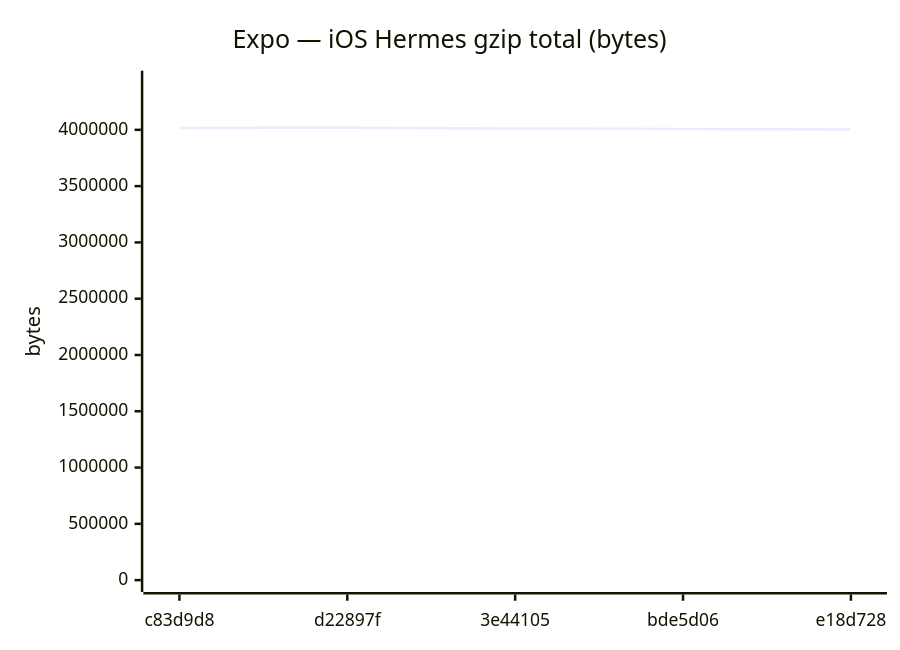
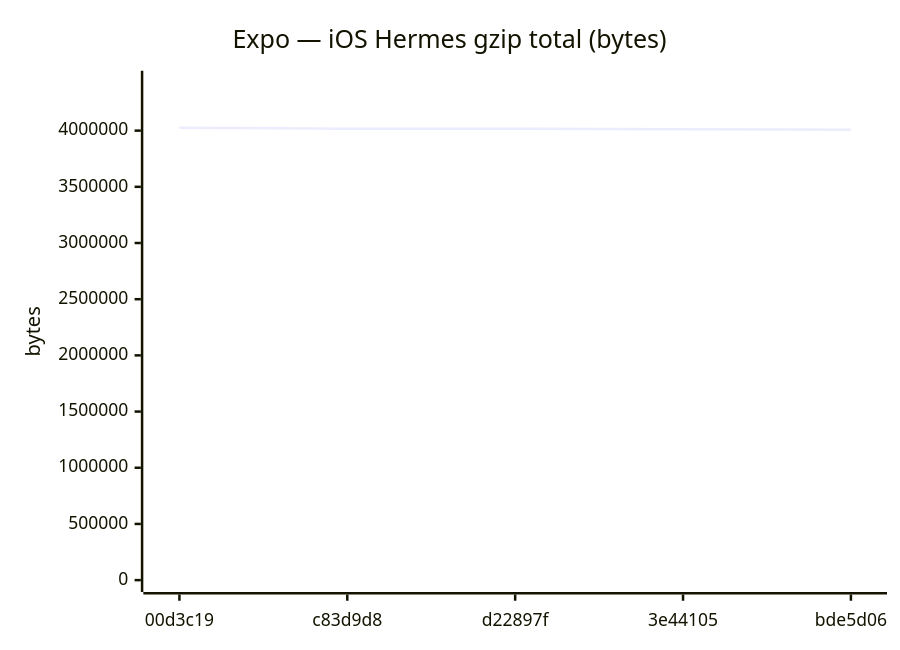
One commit to Metaheurist/Rianell changed diagram 12 of 18 in benchmarks/compare.md. Above: the diagram before and after it, drawn with Mermaid. The commit also changed other lines of this file and 11 other files, not shown here.

````diff
--- a/benchmarks/compare.md
+++ b/benchmarks/compare.md
@@ -179,7 +179,7 @@
 ```mermaid
 xychart-beta
     title "Expo — iOS Hermes gzip total (bytes)"
-    x-axis ["c83d9d8", "d22897f", "3e44105", "bde5d06", "e18d728"]
-    y-axis "bytes" 0 --> 4419322
-    line [4017281, 4017565, 4012063, 4008470, 4002116]
+    x-axis ["00d3c19", "c83d9d8", "d22897f", "3e44105", "bde5d06"]
+    y-axis "bytes" 0 --> 4427238
+    line [4024761, 4017281, 4017565, 4012063, 4008470]
 ```
````
